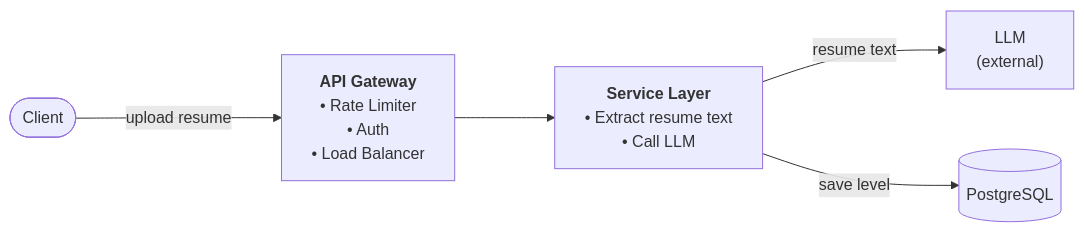
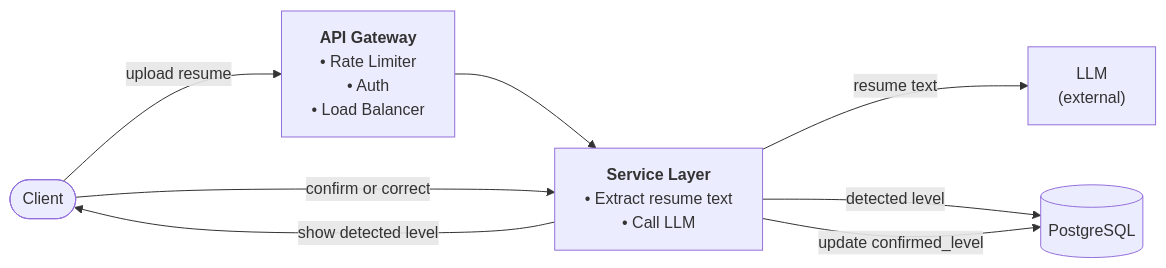
Before and after one commit to shivam-tamboli/GrillMyProject: the second of 4 diagrams in SYSTEM_DESIGN.md, drawn with Mermaid. The commit also changed other lines of this file, not shown here.

Commit message:
fix diagram 2 — add user confirmation step and fix level naming

````diff
--- a/SYSTEM_DESIGN.md
+++ b/SYSTEM_DESIGN.md
@@ -340,14 +340,17 @@
 ```mermaid
 %%{init: {'flowchart': {'nodeSpacing': 60, 'rankSpacing': 100}}}%%
 flowchart LR
     Client([Client])
     GW["<b>API Gateway</b><br/>• Rate Limiter<br/>• Auth<br/>• Load Balancer"]
     SVC["<b>Service Layer</b><br/>• Extract resume text<br/>• Call LLM"]
     LLM["LLM<br/>(external)"]
     PG[(PostgreSQL)]
 
     Client -->|"upload resume"| GW
     GW --> SVC
     SVC -->|"resume text"| LLM
-    SVC -->|"save level"| PG
+    SVC -->|"detected level"| PG
+    SVC -->|"show detected level"| Client
+    Client -->|"confirm or correct"| SVC
+    SVC -->|"update confirmed_level"| PG
 ```
````
